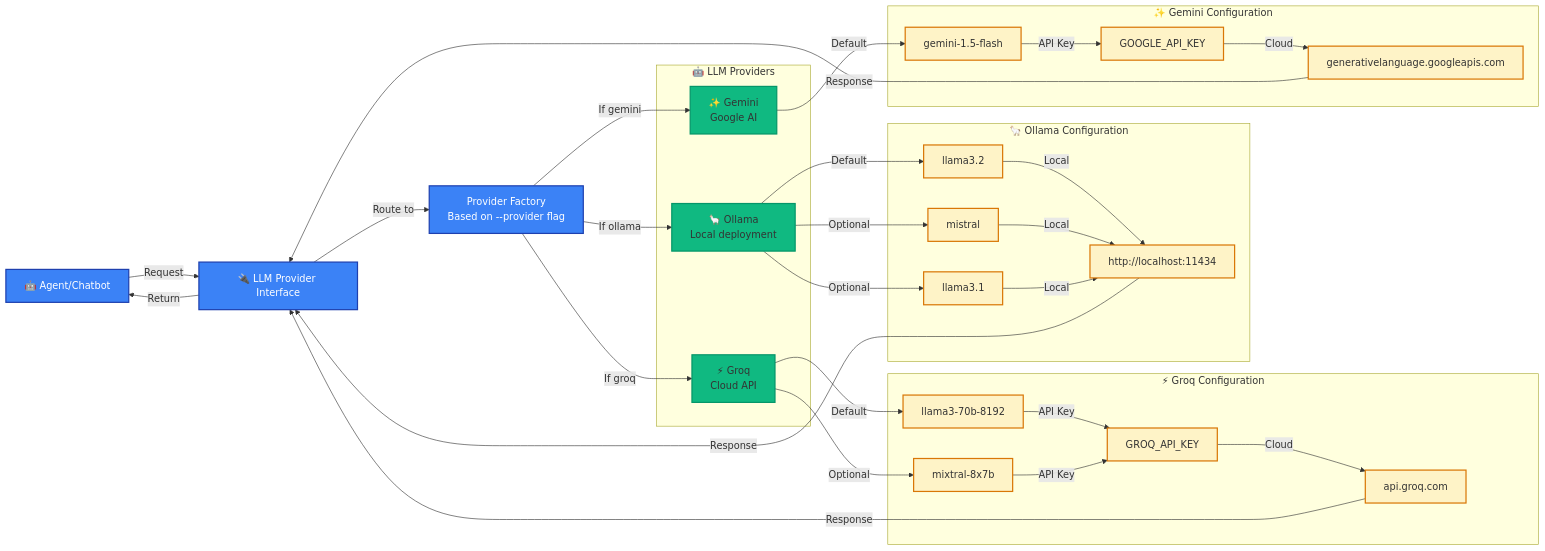
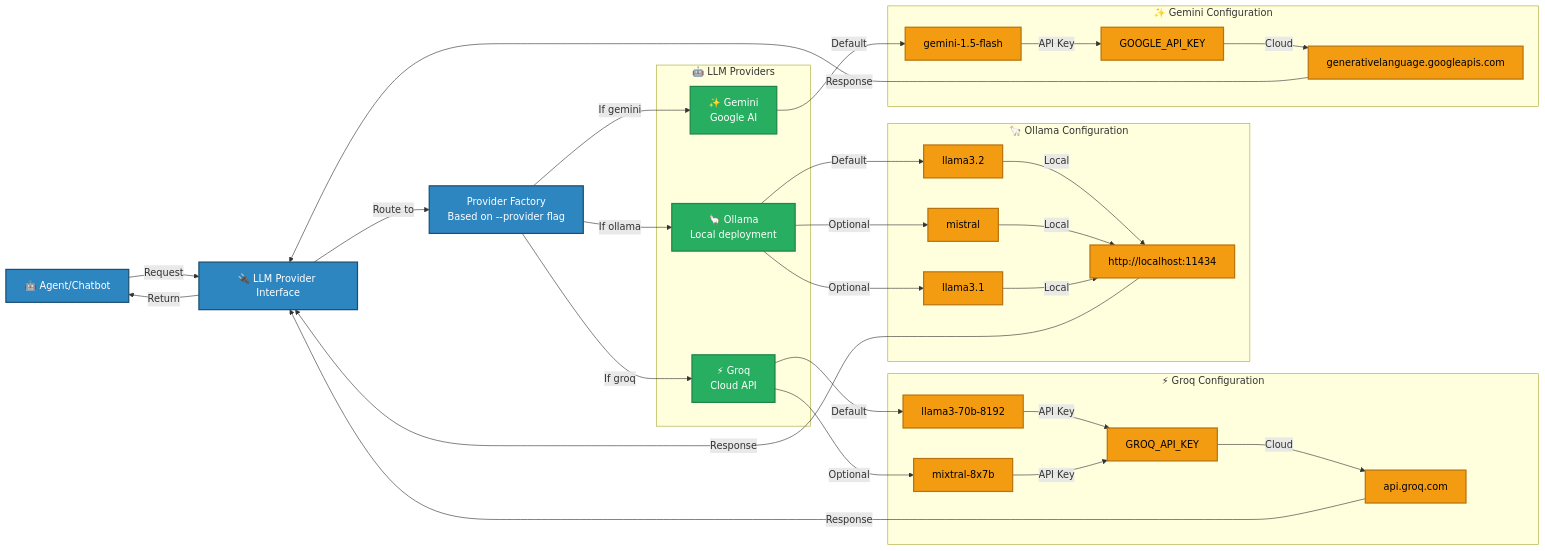
The sixth of 7 diagrams in ARCHITECTURE_COMPONENTS.md (shabbir-ciklum/rag-chatbot-module4-assignment), drawn with Mermaid before and after one commit. The commit also changed other lines of this file, not shown here.

Commit message:
update architecture diagram with theme friendly colors

````diff
--- a/ARCHITECTURE_COMPONENTS.md
+++ b/ARCHITECTURE_COMPONENTS.md
@@ -366,47 +366,47 @@
 ```mermaid
 graph LR
     Agent[🤖 Agent/Chatbot] -->|Request| Interface[🔌 LLM Provider Interface]
 
     Interface -->|Route to| ProviderFactory[Provider Factory<br/>Based on --provider flag]
 
     subgraph Providers["🤖 LLM Providers"]
         Ollama[🦙 Ollama<br/>Local deployment]
         Groq[⚡ Groq<br/>Cloud API]
         Gemini[✨ Gemini<br/>Google AI]
     end
 
     ProviderFactory -->|If ollama| Ollama
     ProviderFactory -->|If groq| Groq
     ProviderFactory -->|If gemini| Gemini
 
     subgraph OllamaDetails["🦙 Ollama Configuration"]
         Ollama -->|Default| OModel1[llama3.2]
         Ollama -->|Optional| OModel2[mistral]
         Ollama -->|Optional| OModel3[llama3.1]
         OModel1 & OModel2 & OModel3 -->|Local| OEndpoint[http://localhost:11434]
     end
 
     subgraph GroqDetails["⚡ Groq Configuration"]
         Groq -->|Default| GModel1[llama3-70b-8192]
         Groq -->|Optional| GModel2[mixtral-8x7b]
         GModel1 & GModel2 -->|API Key| GAuth[GROQ_API_KEY]
         GAuth -->|Cloud| GEndpoint[api.groq.com]
     end
 
     subgraph GeminiDetails["✨ Gemini Configuration"]
         Gemini -->|Default| GemModel[gemini-1.5-flash]
         GemModel -->|API Key| GemAuth[GOOGLE_API_KEY]
         GemAuth -->|Cloud| GemEndpoint[generativelanguage.googleapis.com]
     end
 
     OEndpoint & GEndpoint & GemEndpoint -->|Response| Interface
     Interface -->|Return| Agent
 
-    classDef interface fill:#3b82f6,stroke:#1e40af,stroke-width:2px,color:#fff
-    classDef provider fill:#10b981,stroke:#059669,stroke-width:2px
-    classDef config fill:#fef3c7,stroke:#d97706,stroke-width:2px
+    classDef interface fill:#2E86C1,stroke:#1B4F72,stroke-width:2px,color:#fff
+    classDef provider fill:#27AE60,stroke:#1E8449,stroke-width:2px,color:#fff
+    classDef config fill:#F39C12,stroke:#B8730D,stroke-width:2px,color:#000
 
     class Agent,Interface,ProviderFactory interface
     class Ollama,Groq,Gemini provider
     class OModel1,OModel2,OModel3,GModel1,GModel2,GemModel,OEndpoint,GEndpoint,GemEndpoint,OAuth,GAuth,GemAuth config
 ```
````
